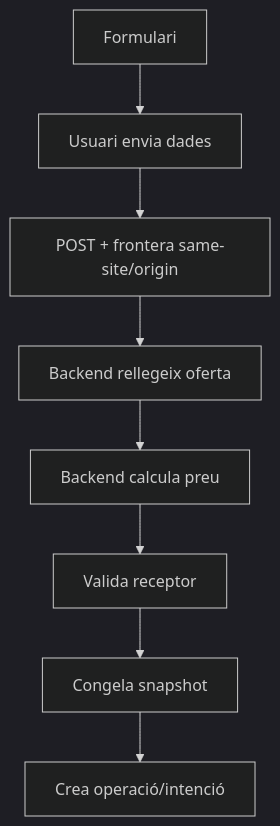
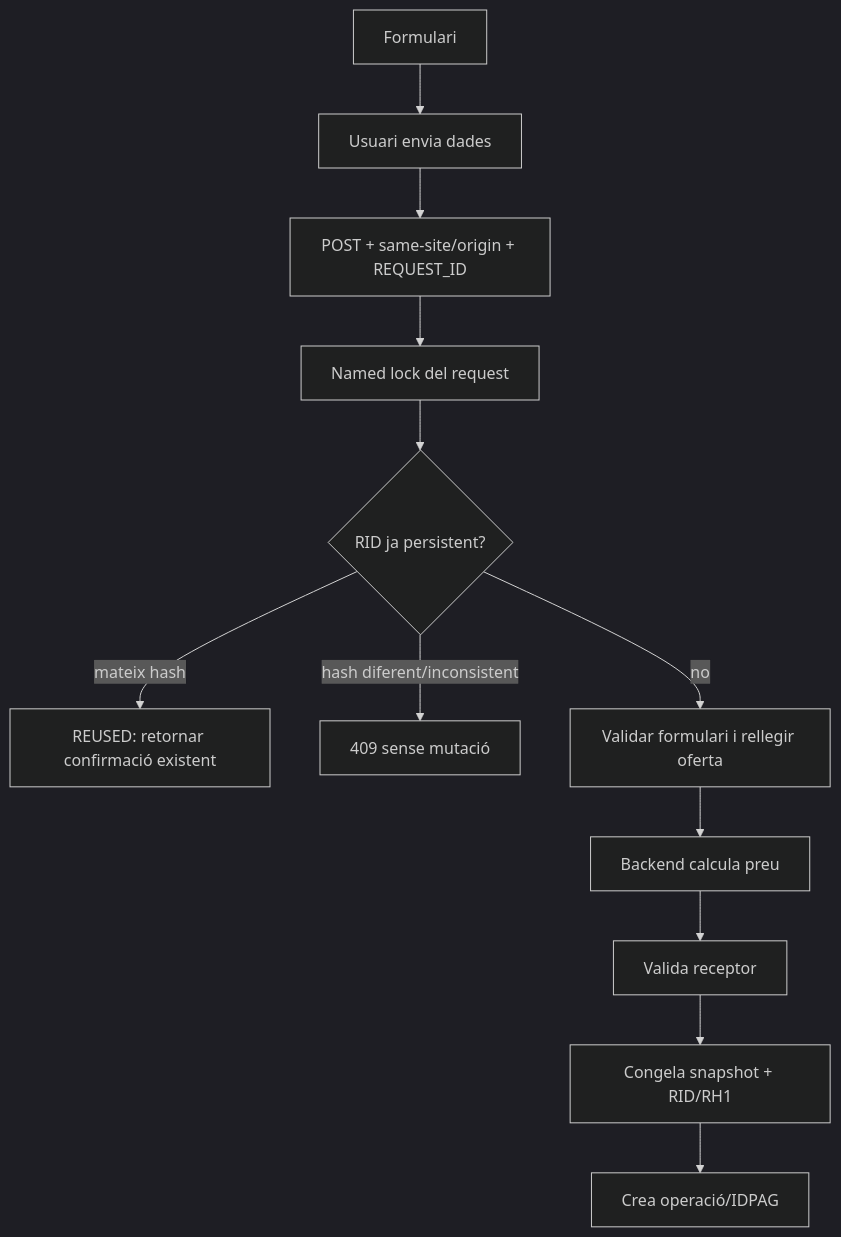
One commit to orgmeriemprismacat-del/verifactu changed the sixth of 20 diagrams in documentacio/07-uml-integrat/uc-015-activitats-pagines-pack-actual-final.md. Above: the diagram before and after it, drawn with Mermaid (dark theme). The commit also changed other lines of this file, not shown here.

````diff
--- a/documentacio/07-uml-integrat/uc-015-activitats-pagines-pack-actual-final.md
+++ b/documentacio/07-uml-integrat/uc-015-activitats-pagines-pack-actual-final.md
@@ -84,10 +85,14 @@
 ```mermaid
 flowchart TD
 A[Formulari] --> B[Usuari envia dades]
-B --> C[POST + frontera same-site/origin]
-C --> D[Backend rellegeix oferta]
-D --> E[Backend calcula preu]
-E --> F[Valida receptor]
-F --> G[Congela snapshot]
-G --> H[Crea operació/intenció]
+B --> C[POST + same-site/origin + REQUEST_ID]
+C --> D[Named lock del request]
+D --> E{RID ja persistent?}
+E -- mateix hash --> F[REUSED: retornar confirmació existent]
+E -- hash diferent/inconsistent --> G[409 sense mutació]
+E -- no --> H[Validar formulari i rellegir oferta]
+H --> I[Backend calcula preu]
+I --> J[Valida receptor]
+J --> K[Congela snapshot + RID/RH1]
+K --> L[Crea operació/IDPAG]
 ```
````
